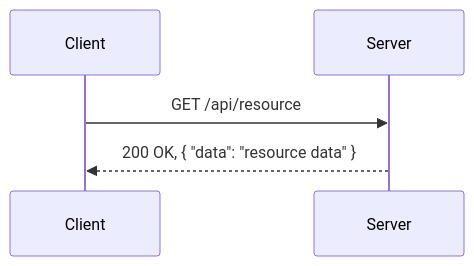
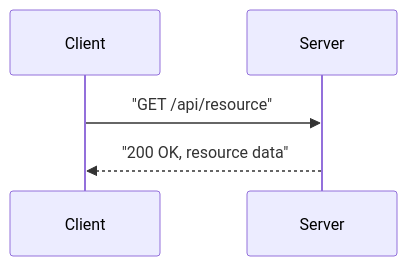
Before and after one commit to 42jerrykim/42jerrykim.github.io: the second of 11 diagrams in content/post/2024/2024-09-09-rest-vs-graphql/index.md, drawn with Mermaid. The commit also changed other lines of this file and 239 other files, not shown here.

````diff
--- a/content/post/2024/2024-09-09-rest-vs-graphql/index.md
+++ b/content/post/2024/2024-09-09-rest-vs-graphql/index.md
@@ -217,7 +176,7 @@
 ```mermaid
 sequenceDiagram
     participant Client
     participant Server
-    Client->>Server: GET /api/resource
-    Server-->>Client: 200 OK, { "data": "resource data" }
+    Client->>Server: "GET /api/resource"
+    Server-->>Client: "200 OK, resource data"
 ```
````
